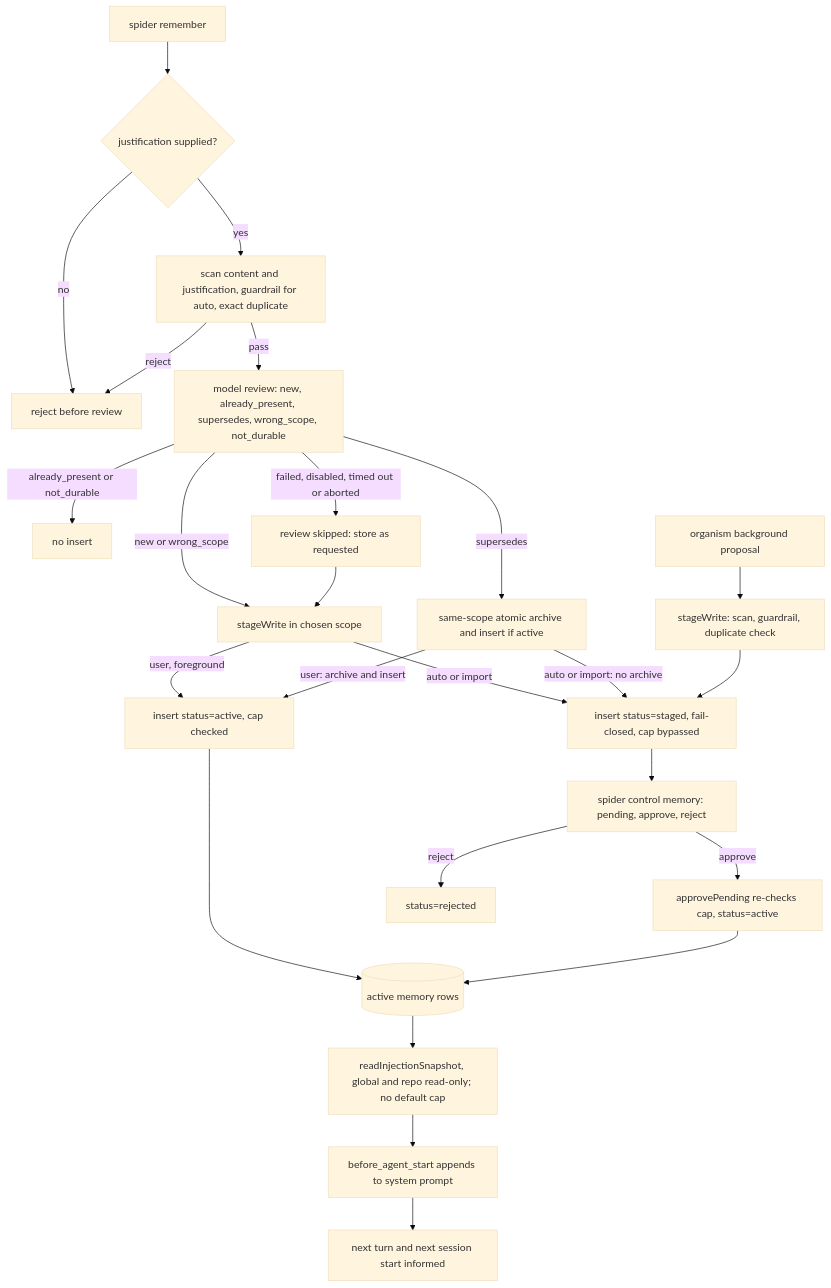
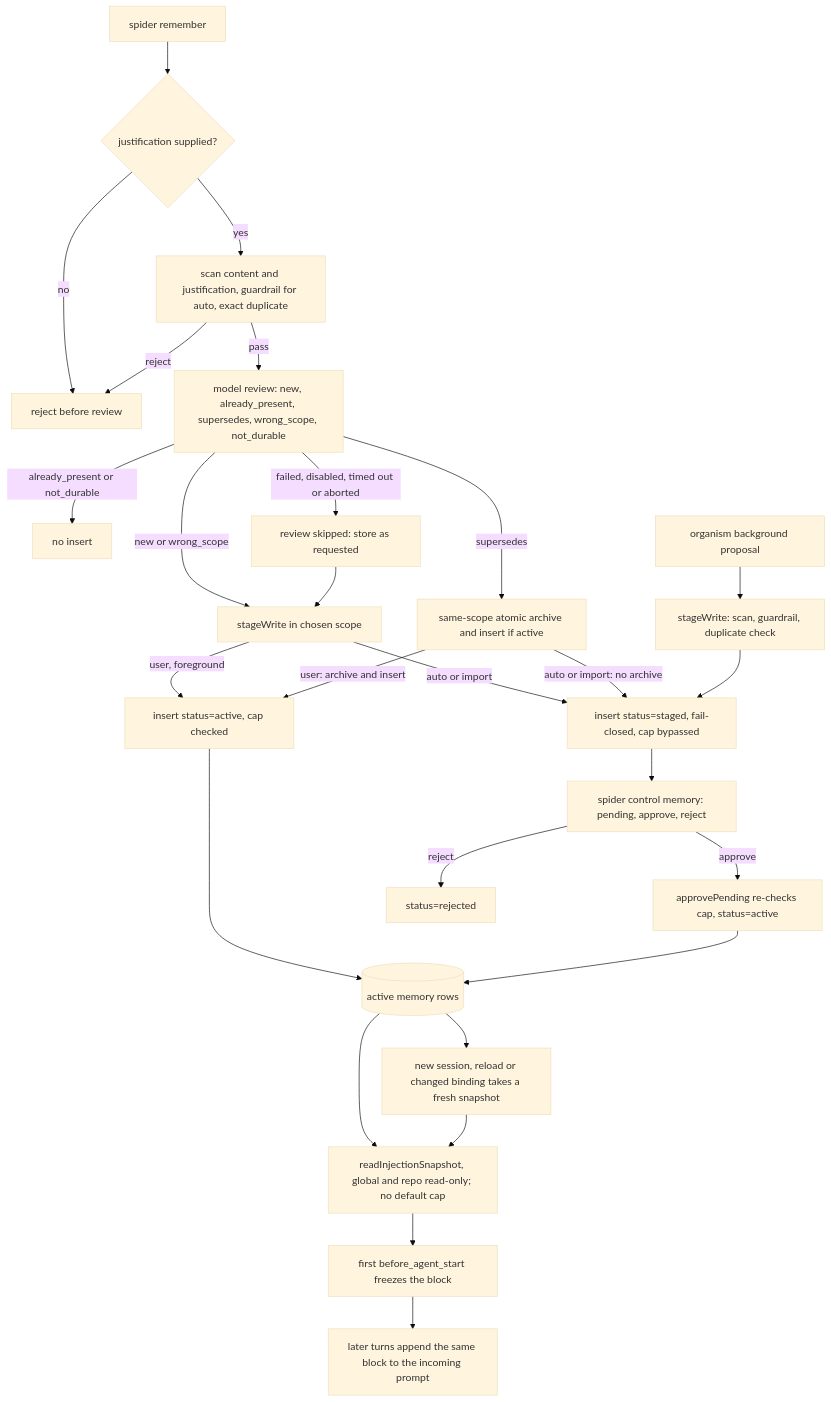
The second of 5 diagrams in docs/architecture/feedback-and-learning-loops.md (guru-irl/spider), drawn with Mermaid (base theme) before and after one commit. The commit also changed other lines of this file and 11 other files, not shown here.

First line of the commit message:
fix(host): freeze the injected memory block per session (#64)

````diff
--- a/docs/architecture/feedback-and-learning-loops.md
+++ b/docs/architecture/feedback-and-learning-loops.md
@@ -177,30 +186,32 @@
 ```mermaid
 flowchart TD
   R["spider remember"] --> J{"justification supplied?"}
   J -->|no| NO["reject before review"]
   J -->|yes| PRE["scan content and justification, guardrail for auto, exact duplicate"]
   PRE -->|reject| NO
   PRE -->|pass| REVIEW["model review: new, already_present, supersedes, wrong_scope, not_durable"]
   REVIEW -->|"already_present or not_durable"| NOINSERT["no insert"]
   REVIEW -->|"failed, disabled, timed out or aborted"| SKIP["review skipped: store as requested"]
   REVIEW -->|"new or wrong_scope"| SW["stageWrite in chosen scope"]
   REVIEW -->|"supersedes"| ATOMIC["same-scope atomic archive and insert if active"]
   SKIP --> SW
   SW -->|"user, foreground"| ACT["insert status=active, cap checked"]
   SW -->|"auto or import"| STG["insert status=staged, fail-closed, cap bypassed"]
   ATOMIC -->|"user: archive and insert"| ACT
   ATOMIC -->|"auto or import: no archive"| STG
   ORG["organism background proposal"] --> BG["stageWrite: scan, guardrail, duplicate check"]
   BG --> STG
 
   STG --> REV["spider control memory: pending, approve, reject"]
   REV -->|approve| ACT2["approvePending re-checks cap, status=active"]
   REV -->|reject| REJ["status=rejected"]
 
   ACT --> AM[("active memory rows")]
   ACT2 --> AM
 
   AM --> SNAP["readInjectionSnapshot, global and repo read-only; no default cap"]
-  SNAP --> INJ["before_agent_start appends to system prompt"]
-  INJ --> NEXT["next turn and next session start informed"]
+  SNAP --> FREEZE["first before_agent_start freezes the block"]
+  FREEZE --> INJ["later turns append the same block to the incoming prompt"]
+  AM --> NEXT["new session, reload or changed binding takes a fresh snapshot"]
+  NEXT --> SNAP
 ```
````
